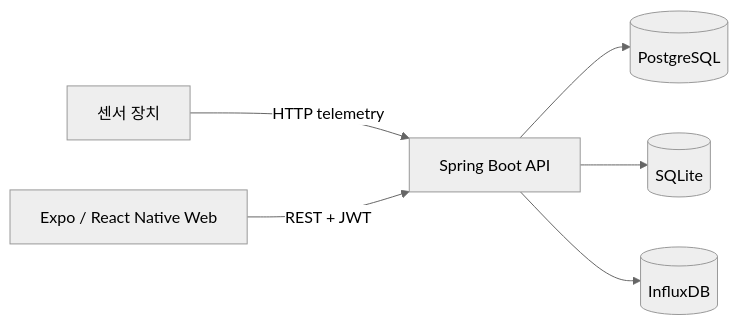
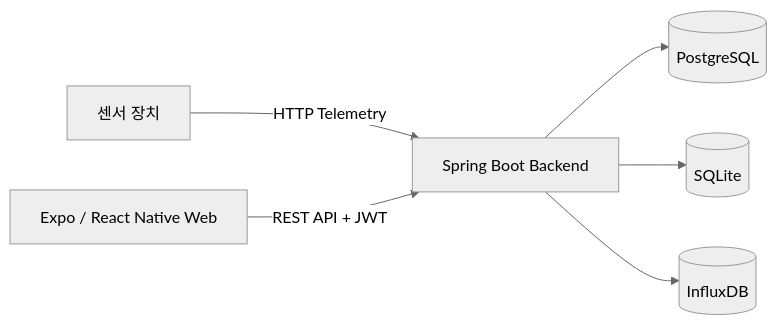
One commit to PNU-2026-AI-Hackathon/pnuai-b-02-terrabyte changed the first of 2 diagrams in README.md. Above: the diagram before and after it, drawn with Mermaid (neutral theme). The commit also changed other lines of this file, not shown here.

````diff
--- a/README.md
+++ b/README.md
@@ -17,8 +57,8 @@
 ```mermaid
 flowchart LR
-    Sensor[센서 장치] -->|HTTP telemetry| API[Spring Boot API]
-    Web[Expo / React Native Web] -->|REST + JWT| API
-    API --> PG[(PostgreSQL)]
-    API --> SQLite[(SQLite)]
-    API --> Influx[(InfluxDB)]
+    Sensor[센서 장치] -->|HTTP Telemetry| Backend[Spring Boot Backend]
+    Frontend[Expo / React Native Web] -->|REST API + JWT| Backend
+    Backend --> PostgreSQL[(PostgreSQL)]
+    Backend --> SQLite[(SQLite)]
+    Backend --> InfluxDB[(InfluxDB)]
 ```
````
